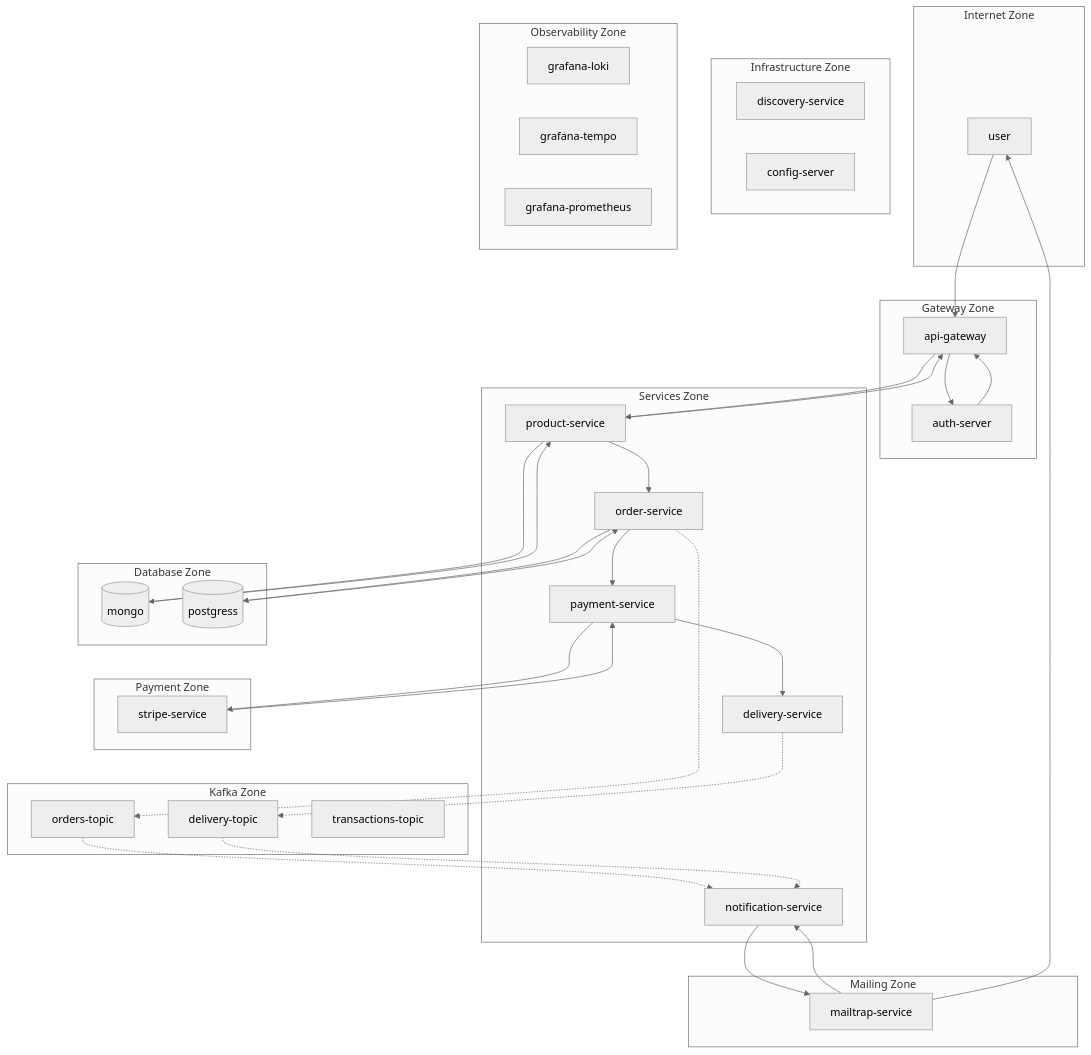
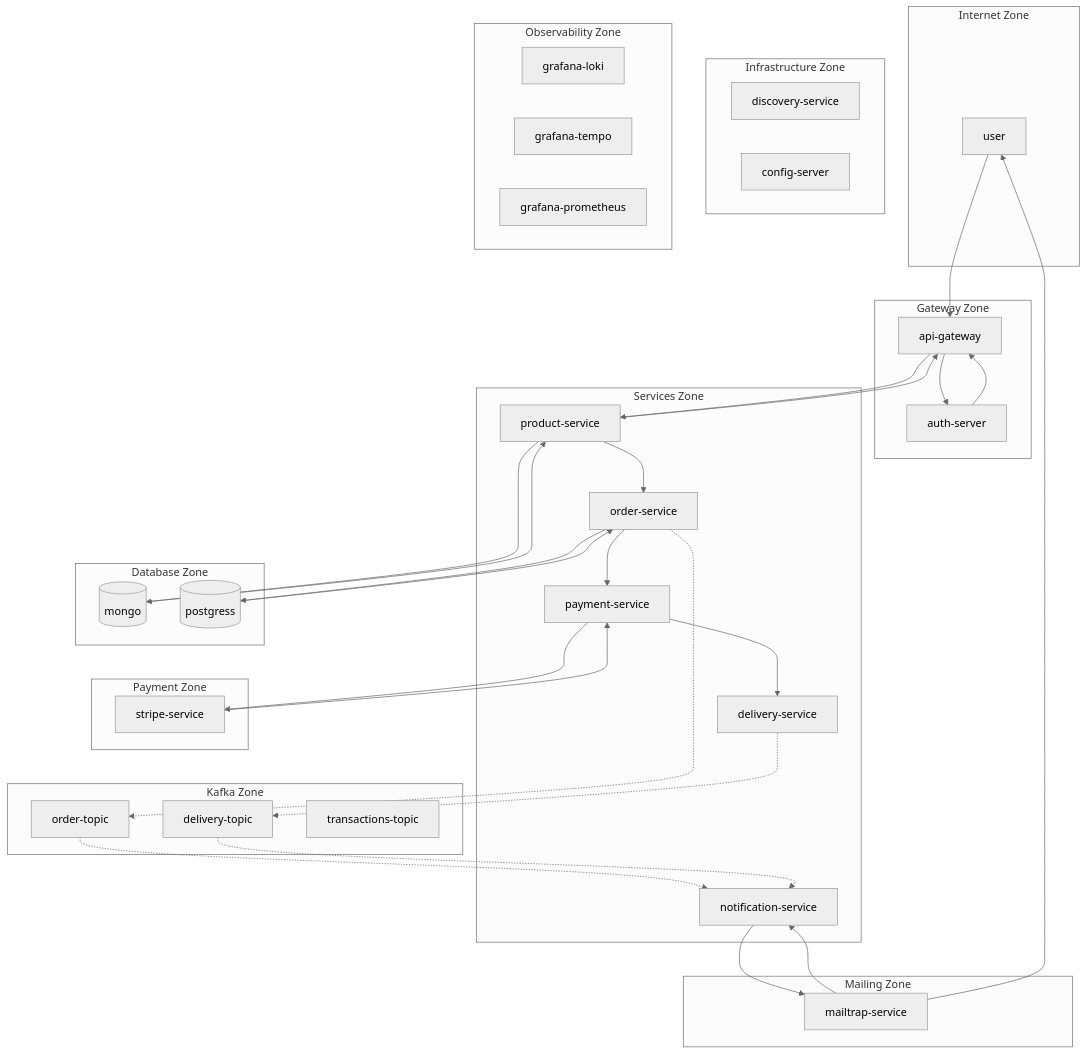
One commit to wisniewskikr/mermaid changed the diagram in ecommerce-virtual.md. Above: the diagram before and after it, drawn with Mermaid (neutral theme).

Commit message:
Update order-topic name

````diff
--- a/ecommerce-virtual.md
+++ b/ecommerce-virtual.md
@@ -1,83 +1,83 @@
 ``` mermaid
     flowchart
 
         subgraph Internet Zone
             user
         end
 
         subgraph Gateway Zone
             api-gateway
             auth-server
         end
         
         subgraph Services Zone
             product-service
             order-service
             payment-service
             delivery-service
             notification-service            
         end
 
         subgraph Infrastructure Zone           
             discovery-service
             config-server            
         end
 
         subgraph Observability Zone
             grafana-loki
             grafana-tempo
             grafana-prometheus 
         end
 
         subgraph Mailing Zone
             mailtrap-service
         end
 
         subgraph Payment Zone
             stripe-service
         end
 
         subgraph Database Zone
             mongo[(mongo)]
             postgress[(postgress)]
         end
 
         subgraph Kafka Zone
-            orders-topic
+            order-topic
             delivery-topic
             transactions-topic
         end
 
         user --> api-gateway
 
         api-gateway --> auth-server
         auth-server --> api-gateway        
 
         payment-service --> stripe-service
         stripe-service --> payment-service
 
         notification-service --> mailtrap-service
         mailtrap-service --> notification-service
 
         product-service --> mongo
         mongo --> product-service
 
         order-service --> postgress
         postgress --> order-service
 
         api-gateway --> product-service
         product-service --> api-gateway
 
         product-service --> order-service
 
         order-service --> payment-service
 
         payment-service --> delivery-service
 
         mailtrap-service --> user
 
-        order-service .-> orders-topic .-> notification-service 
+        order-service .-> order-topic .-> notification-service 
 
         delivery-service .-> delivery-topic .-> notification-service 
 
 ```
````
